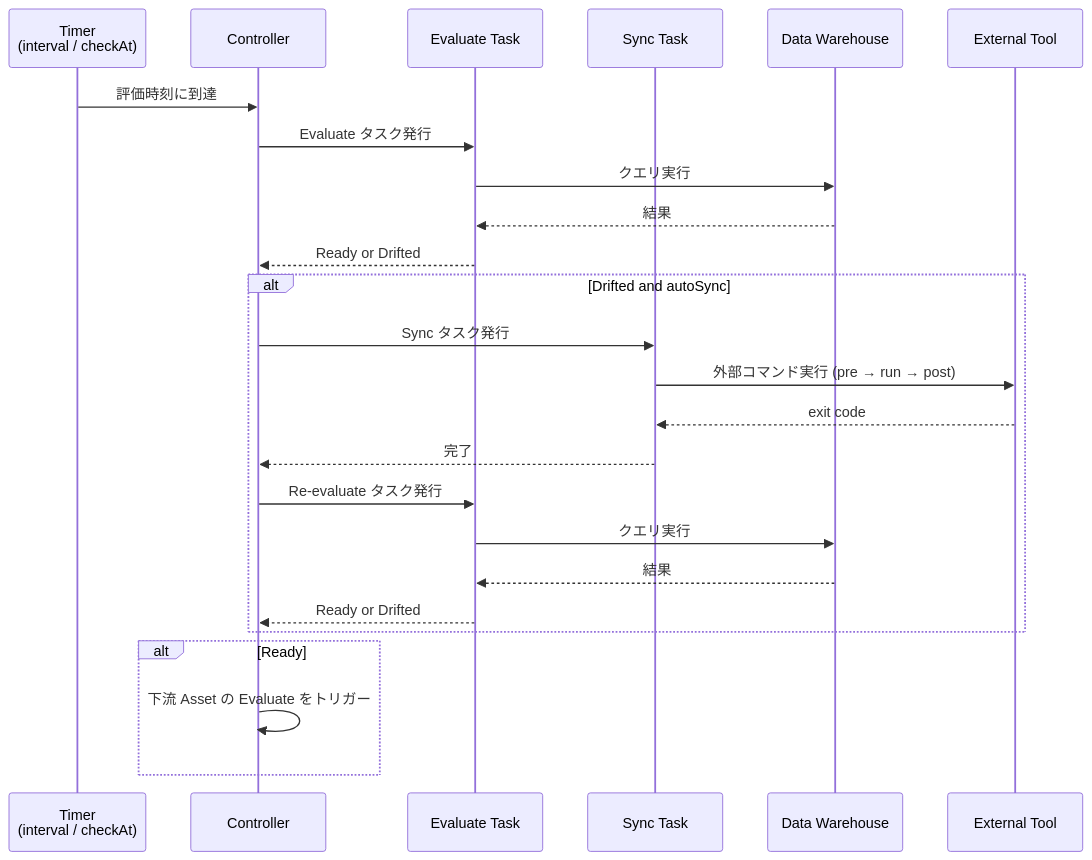
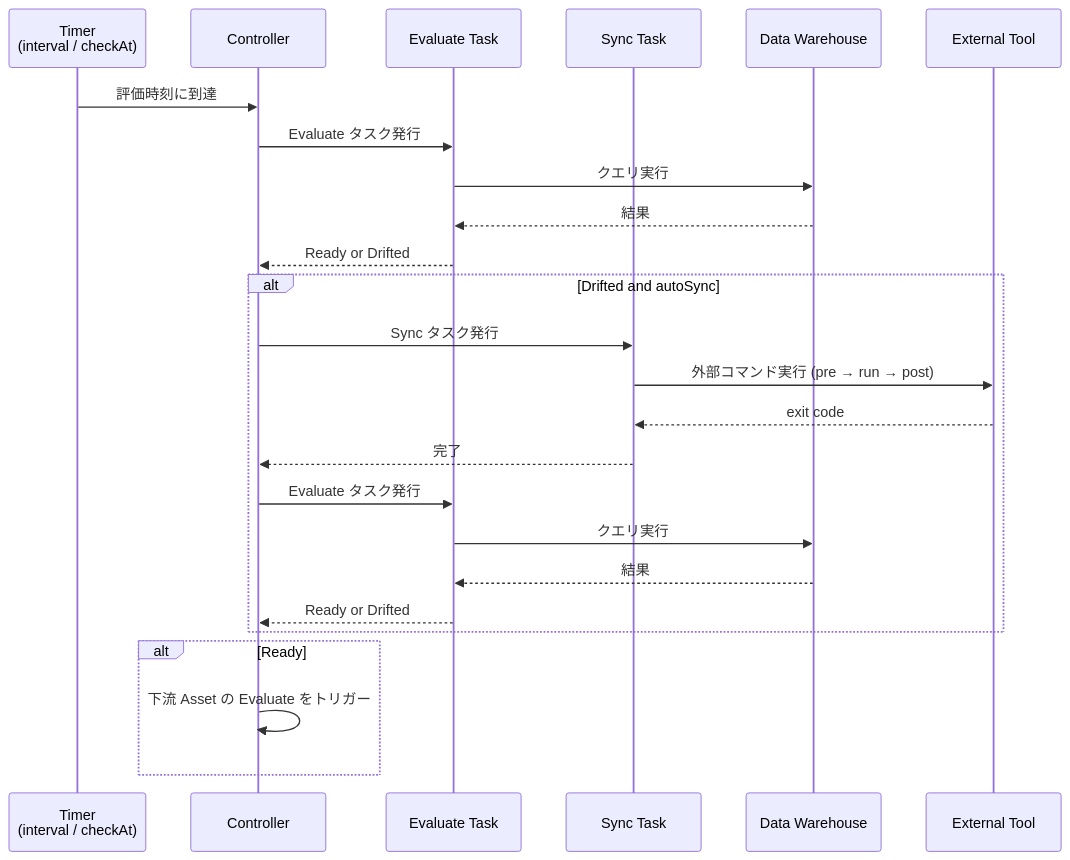
Before and after one commit to nagi-project/nagi: the diagram in docs/architecture/serve.md, drawn with Mermaid. The commit also changed other lines of this file and 11 other files, not shown here.

````diff
--- a/docs/architecture/serve.md
+++ b/docs/architecture/serve.md
@@ -9,30 +9,30 @@
 ```mermaid
 sequenceDiagram
     participant Timer as Timer<br>(interval / checkAt)
     participant Controller
     participant EvalTask as Evaluate Task
     participant SyncTask as Sync Task
     participant DWH as Data Warehouse
     participant CLI as External Tool
 
     Timer->>Controller: 評価時刻に到達
     Controller->>EvalTask: Evaluate タスク発行
     EvalTask->>DWH: クエリ実行
     DWH-->>EvalTask: 結果
     EvalTask-->>Controller: Ready or Drifted
 
     alt Drifted and autoSync
         Controller->>SyncTask: Sync タスク発行
         SyncTask->>CLI: 外部コマンド実行 (pre → run → post)
         CLI-->>SyncTask: exit code
         SyncTask-->>Controller: 完了
-        Controller->>EvalTask: Re-evaluate タスク発行
+        Controller->>EvalTask: Evaluate タスク発行
         EvalTask->>DWH: クエリ実行
         DWH-->>EvalTask: 結果
         EvalTask-->>Controller: Ready or Drifted
     end
 
     alt Ready
         Controller->>Controller: 下流 Asset の Evaluate をトリガー
     end
 ```
````
